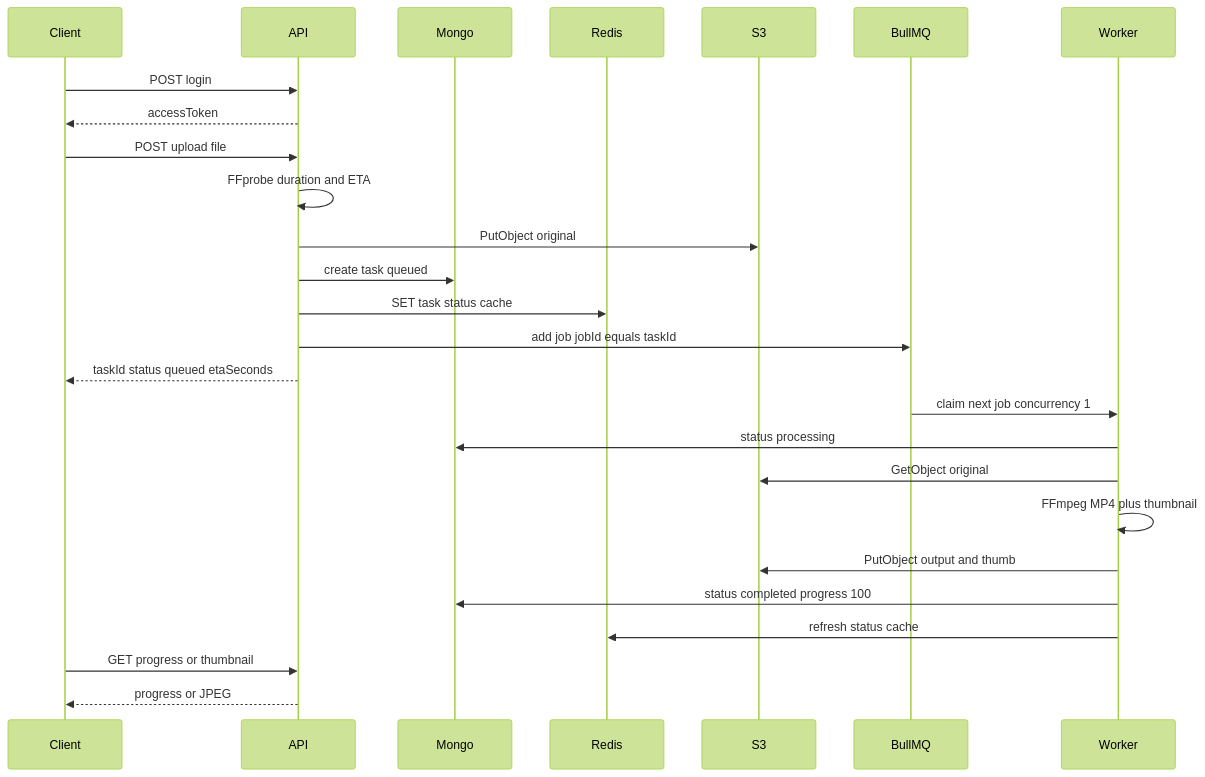
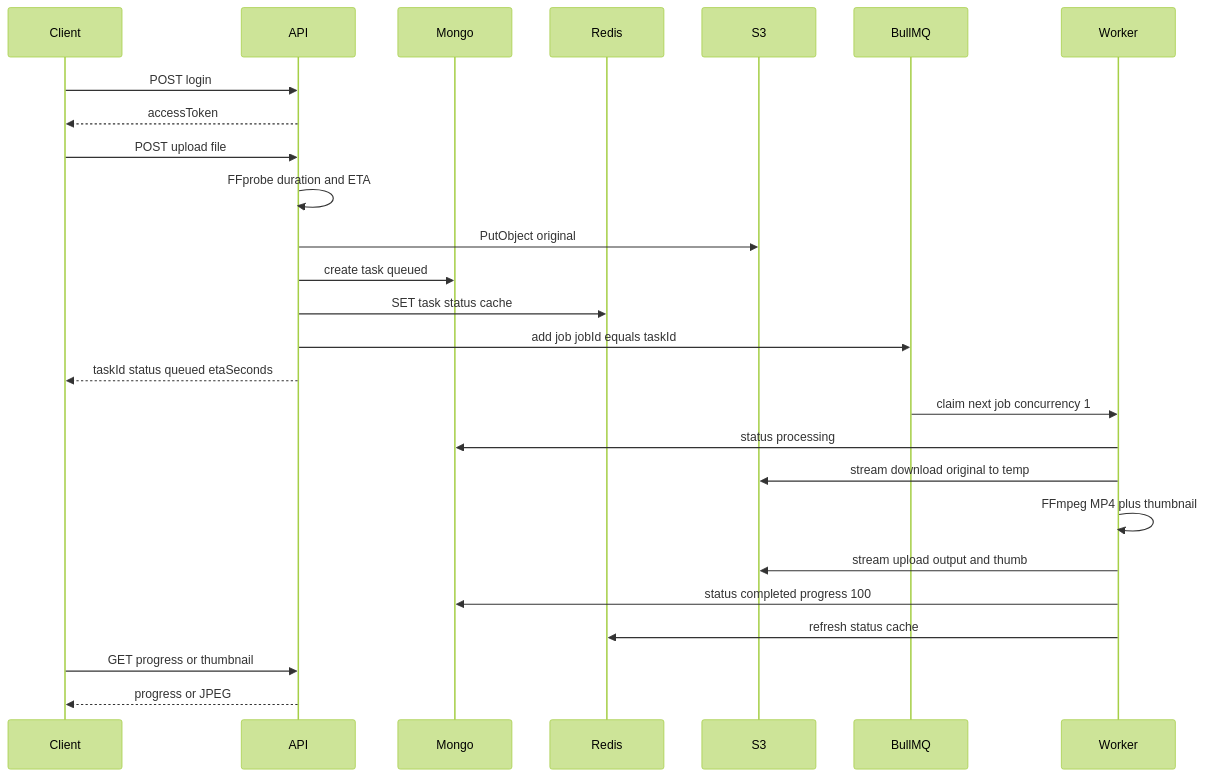
Before and after one commit to Shivanshsri15/VideoProcessing: the second of 6 diagrams in README.md, drawn with Mermaid (forest theme). The commit also changed other lines of this file and 10 other files, not shown here.

Commit message:
optimized the s3 download and upload into a resumable and stream based approach instead of single download and caching it in ram

````diff
--- a/README.md
+++ b/README.md
@@ -70,29 +70,29 @@
 ```mermaid
 sequenceDiagram
   participant C as Client
   participant A as API
   participant M as Mongo
   participant R as Redis
   participant S3 as S3
   participant Q as BullMQ
   participant W as Worker
 
   C->>A: POST login
   A-->>C: accessToken
   C->>A: POST upload file
   A->>A: FFprobe duration and ETA
   A->>S3: PutObject original
   A->>M: create task queued
   A->>R: SET task status cache
   A->>Q: add job jobId equals taskId
   A-->>C: taskId status queued etaSeconds
   Q->>W: claim next job concurrency 1
   W->>M: status processing
-  W->>S3: GetObject original
+  W->>S3: stream download original to temp
   W->>W: FFmpeg MP4 plus thumbnail
-  W->>S3: PutObject output and thumb
+  W->>S3: stream upload output and thumb
   W->>M: status completed progress 100
   W->>R: refresh status cache
   C->>A: GET progress or thumbnail
   A-->>C: progress or JPEG
 ```
````
